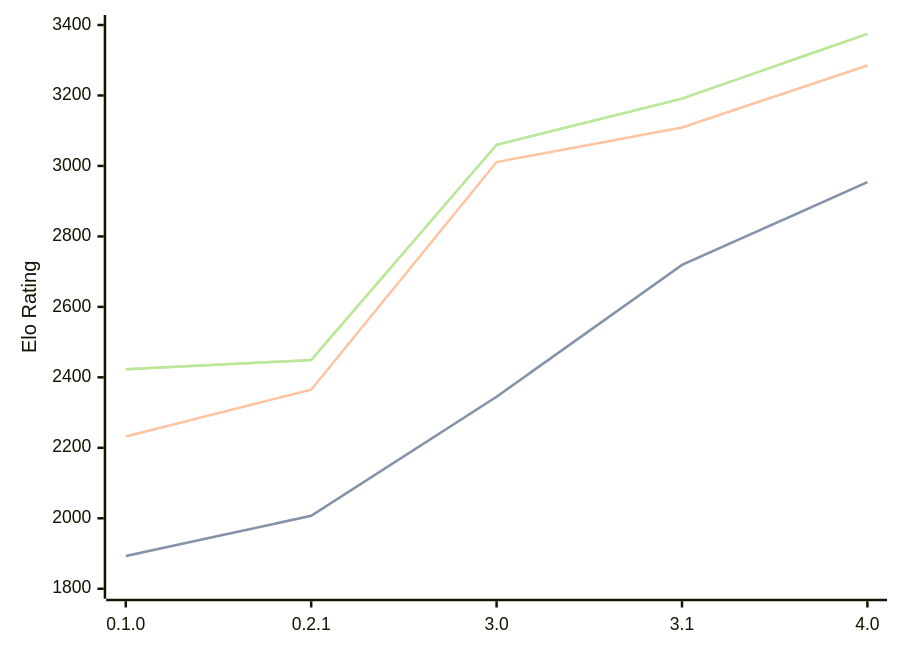
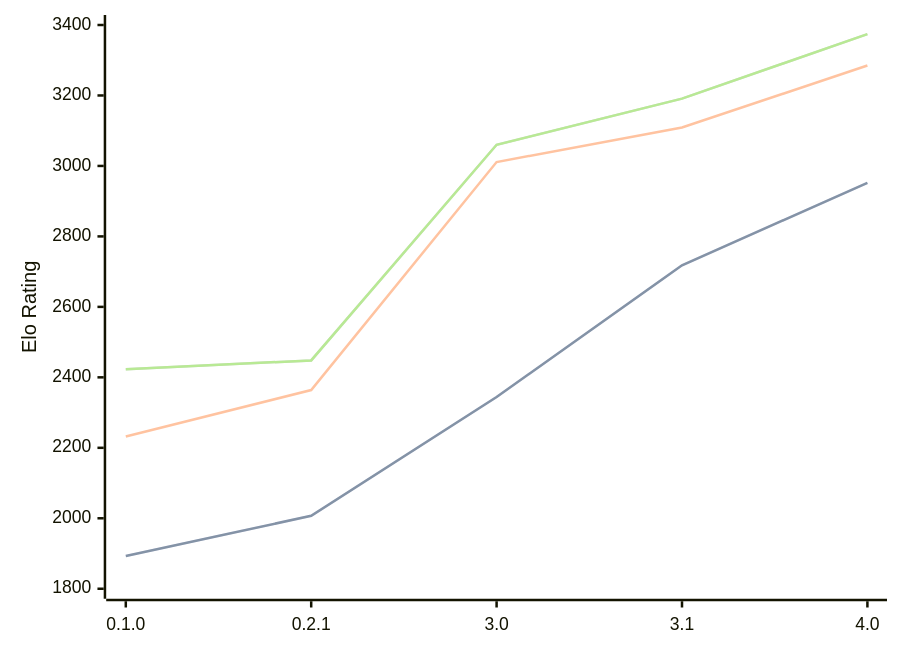
One commit to computer-chess-index/cci changed the diagram in engines/Sykora.md. Above: the diagram before and after it, drawn with Mermaid. The commit also changed other lines of this file, not shown here.

Commit message:
Update CCI Ratings (ELO VLTC) - 2026-10-01

````diff
--- a/engines/Sykora.md
+++ b/engines/Sykora.md
@@ -37,11 +37,11 @@
 ```mermaid
 %%{init: {"theme":"base","themeVariables":{"seriesColors:['#a3a3a3','#222221','#faa371']}}}%%
 xychart-beta
   x-axis ["0.1.0", "0.2.1", "3.0", "3.1", "4.0"]
   y-axis "Elo Rating" 1800 --> 3400
-  line "" [1893, 2007, 2345, 2719, 2954]
-  line "STC (8.0+0.08s)" [1893, 2007, 2345, 2719, 2954]
-  line "LTC (60.0+0.60s)" [2232, 2365, 3011, 3109, 3285]
-  line "" [2423, 2449, 3060, 3191, 3375]
-  line "VLTC (2m24s+1.12s)" [2423, 2449, 3060, 3191, 3375]
+  line "" [1893, 2007, 2344, 2718, 2952]
+  line "STC (8.0+0.08s)" [1893, 2007, 2344, 2718, 2952]
+  line "LTC (60.0+0.60s)" [2232, 2364, 3011, 3109, 3285]
+  line "" [2423, 2448, 3060, 3191, 3374]
+  line "VLTC (2m24s+1.12s)" [2423, 2448, 3060, 3191, 3374]
 ```
````
